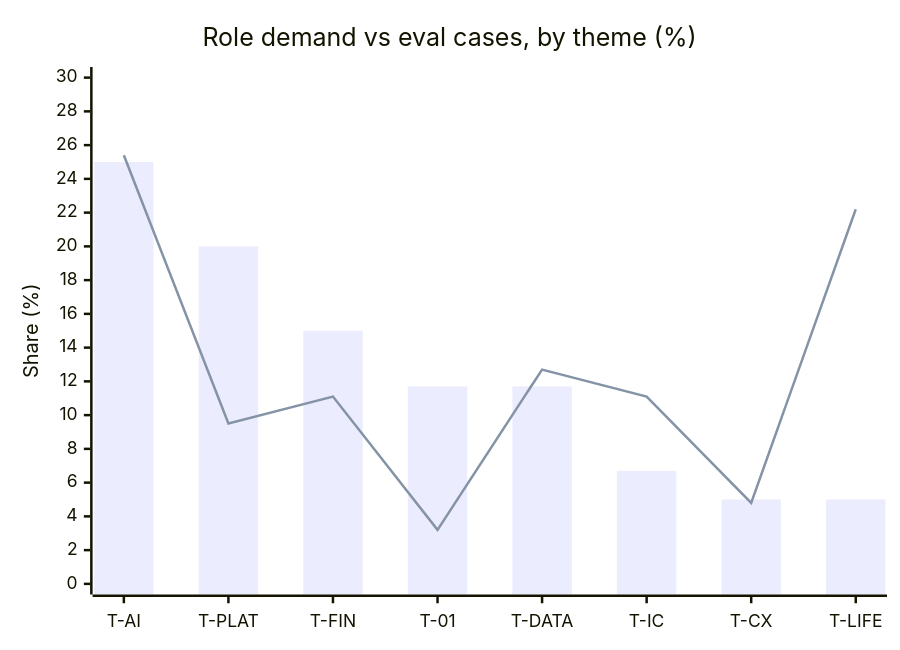
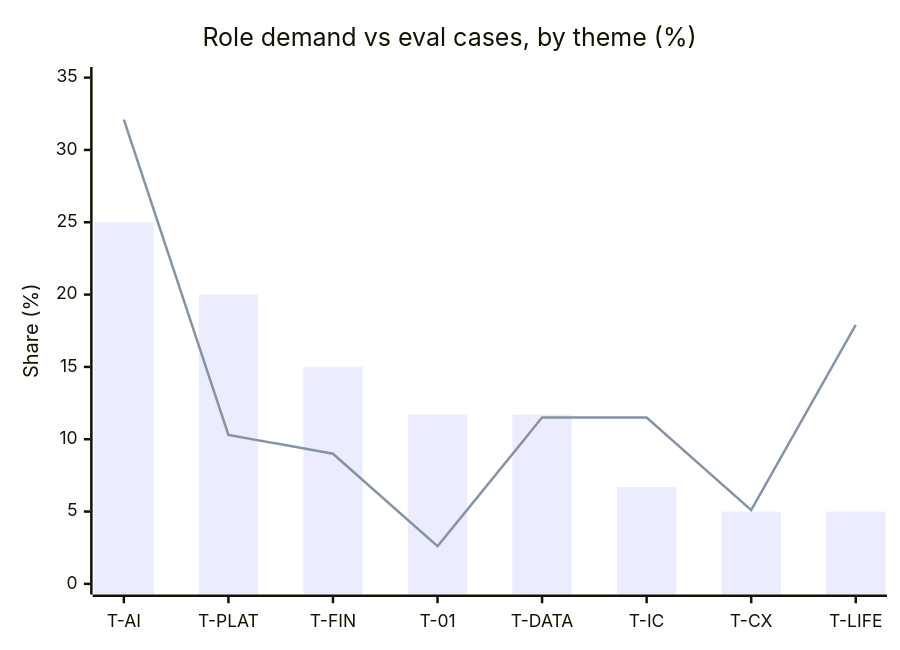
Before and after one commit to jordanne-dyck/jordannedyck-ai: the first of 2 diagrams in COVERAGE.md, drawn with Mermaid. The commit also changed other lines of this file and 2 other files, not shown here.

````diff
--- a/COVERAGE.md
+++ b/COVERAGE.md
@@ -24,8 +24,8 @@
 ```mermaid
 xychart-beta
     title "Role demand vs eval cases, by theme (%)"
     x-axis ["T-AI", "T-PLAT", "T-FIN", "T-01", "T-DATA", "T-IC", "T-CX", "T-LIFE"]
-    y-axis "Share (%)" 0 --> 30
+    y-axis "Share (%)" 0 --> 35
     bar [25.0, 20.0, 15.0, 11.7, 11.7, 6.7, 5.0, 5.0]
-    line [25.4, 9.5, 11.1, 3.2, 12.7, 11.1, 4.8, 22.2]
+    line [32.1, 10.3, 9.0, 2.6, 11.5, 11.5, 5.1, 17.9]
 ```
````
